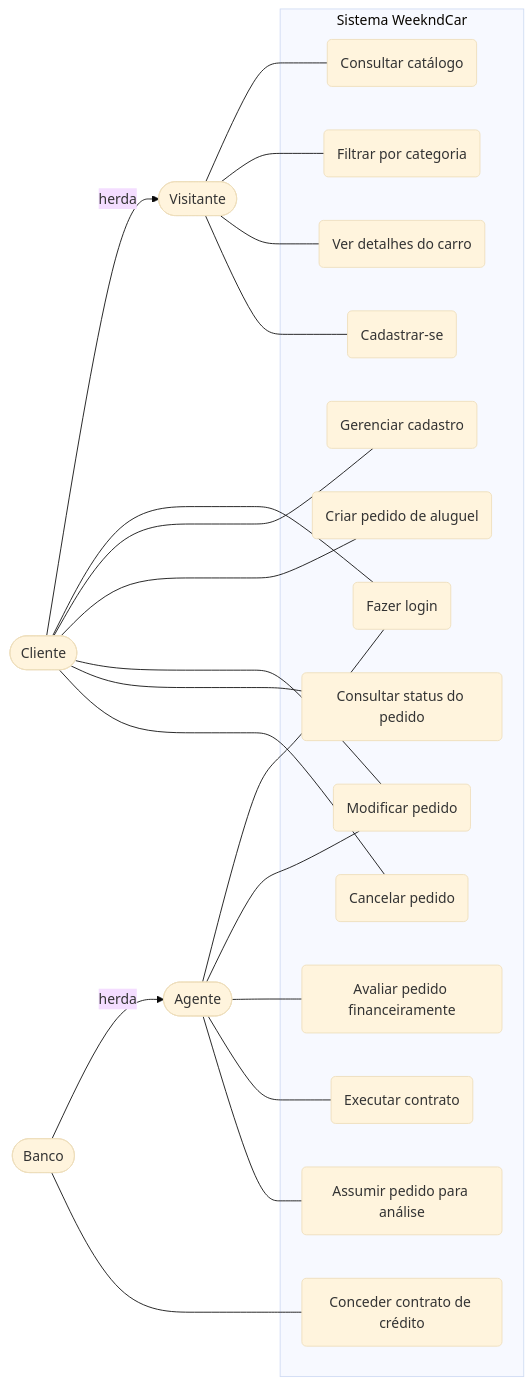
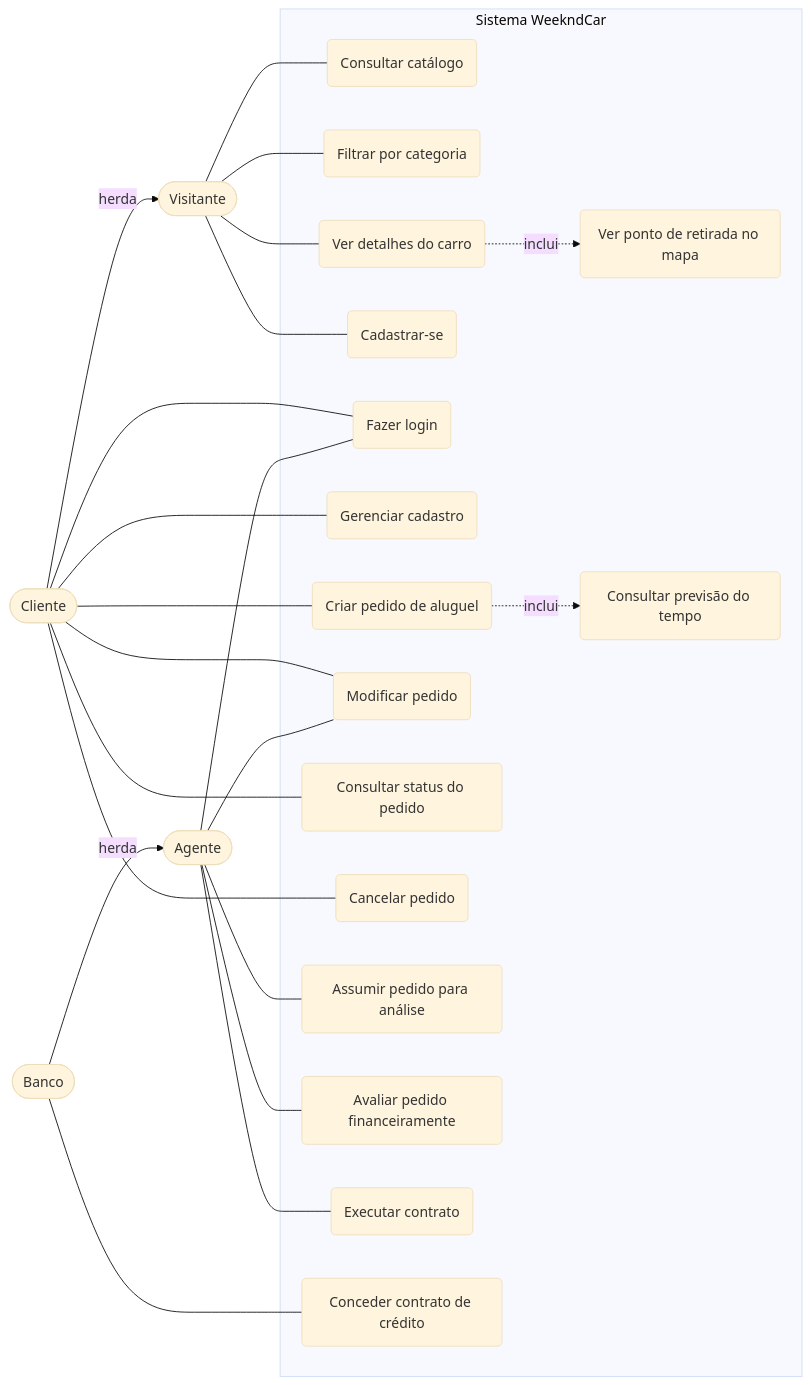
The diagram in docs/casos-de-uso.md (gabrielcarvalhosoa/WeekndCar), drawn with Mermaid (base theme) before and after one commit. The commit also changed other lines of this file and 8 other files, not shown here.

````diff
--- a/docs/casos-de-uso.md
+++ b/docs/casos-de-uso.md
@@ -16,43 +16,47 @@
 ```mermaid
 flowchart LR
     V([Visitante])
     C([Cliente])
     A([Agente])
     B([Banco])
 
     subgraph S["Sistema WeekndCar"]
         UC1(Consultar catálogo)
         UC2(Filtrar por categoria)
         UC3(Ver detalhes do carro)
+        UC15(Ver ponto de retirada no mapa)
         UC4(Cadastrar-se)
         UC5(Fazer login)
         UC6(Gerenciar cadastro)
         UC7(Criar pedido de aluguel)
+        UC16(Consultar previsão do tempo)
         UC8(Modificar pedido)
         UC9(Consultar status do pedido)
         UC10(Cancelar pedido)
+        UC14(Assumir pedido para análise)
         UC11(Avaliar pedido financeiramente)
         UC12(Executar contrato)
         UC13(Conceder contrato de crédito)
-        UC14(Assumir pedido para análise)
     end
 
     V --- UC1
     V --- UC2
     V --- UC3
     V --- UC4
+    UC3 -.->|inclui| UC15
     C -->|herda| V
     C --- UC5
     C --- UC6
     C --- UC7
+    UC7 -.->|inclui| UC16
     C --- UC8
     C --- UC9
     C --- UC10
     A --- UC5
+    A --- UC14
+    A --- UC11
     A --- UC8
-    A --- UC11
     A --- UC12
-    A --- UC14
     B -->|herda| A
     B --- UC13
 ```
````
